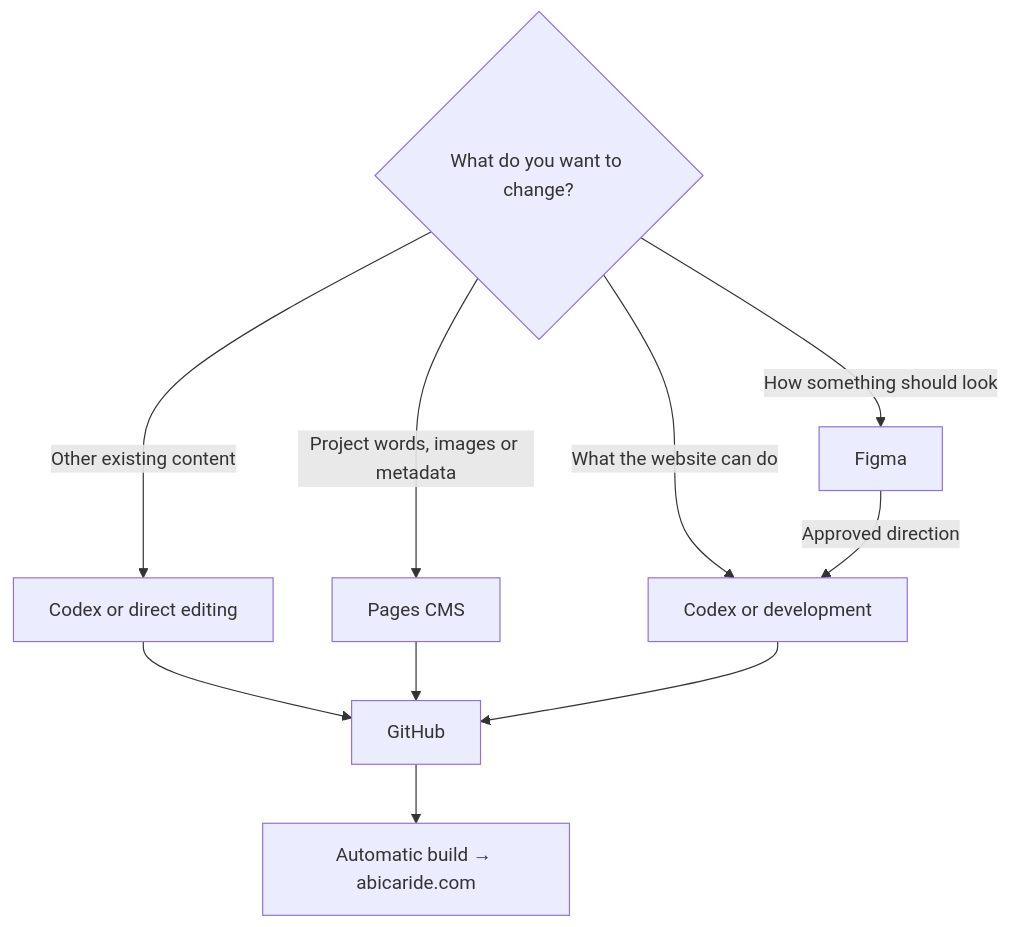
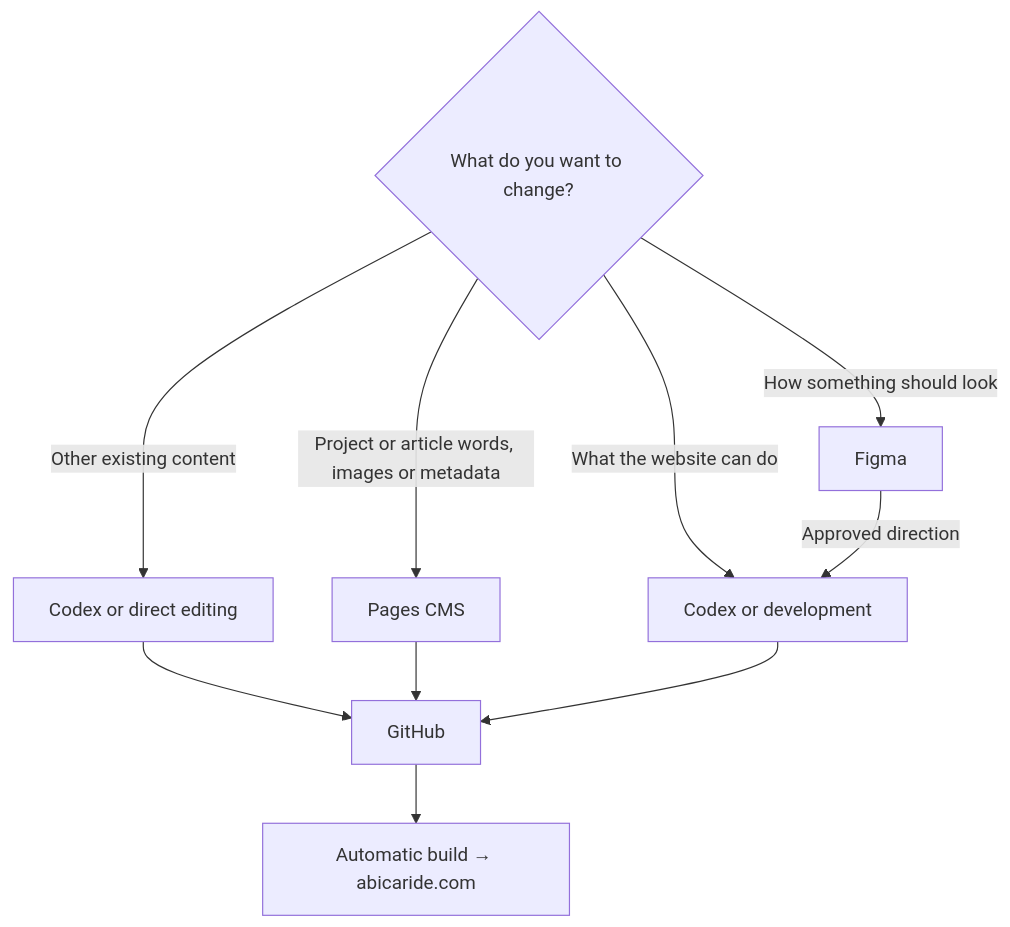
The first of 7 diagrams in docs/WORKFLOW.md (abicaride/abicaride.com), drawn with Mermaid before and after one commit. The commit also changed other lines of this file and 28 other files, not shown here.

````diff
--- a/docs/WORKFLOW.md
+++ b/docs/WORKFLOW.md
@@ -39,13 +39,13 @@
 ```mermaid
 flowchart TD
     Q{"What do you want to change?"}
-    Q -->|"Project words, images or metadata"| CMS["Pages CMS"]
+    Q -->|"Project or article words, images or metadata"| CMS["Pages CMS"]
     Q -->|"Other existing content"| DIRECT["Codex or direct editing"]
     Q -->|"How something should look"| FIGMA["Figma"]
     Q -->|"What the website can do"| DEV["Codex or development"]
     FIGMA -->|"Approved direction"| DEV
     DIRECT --> GIT["GitHub"]
     CMS --> GIT
     DEV --> GIT
     GIT --> SITE["Automatic build → abicaride.com"]
 ```
````
